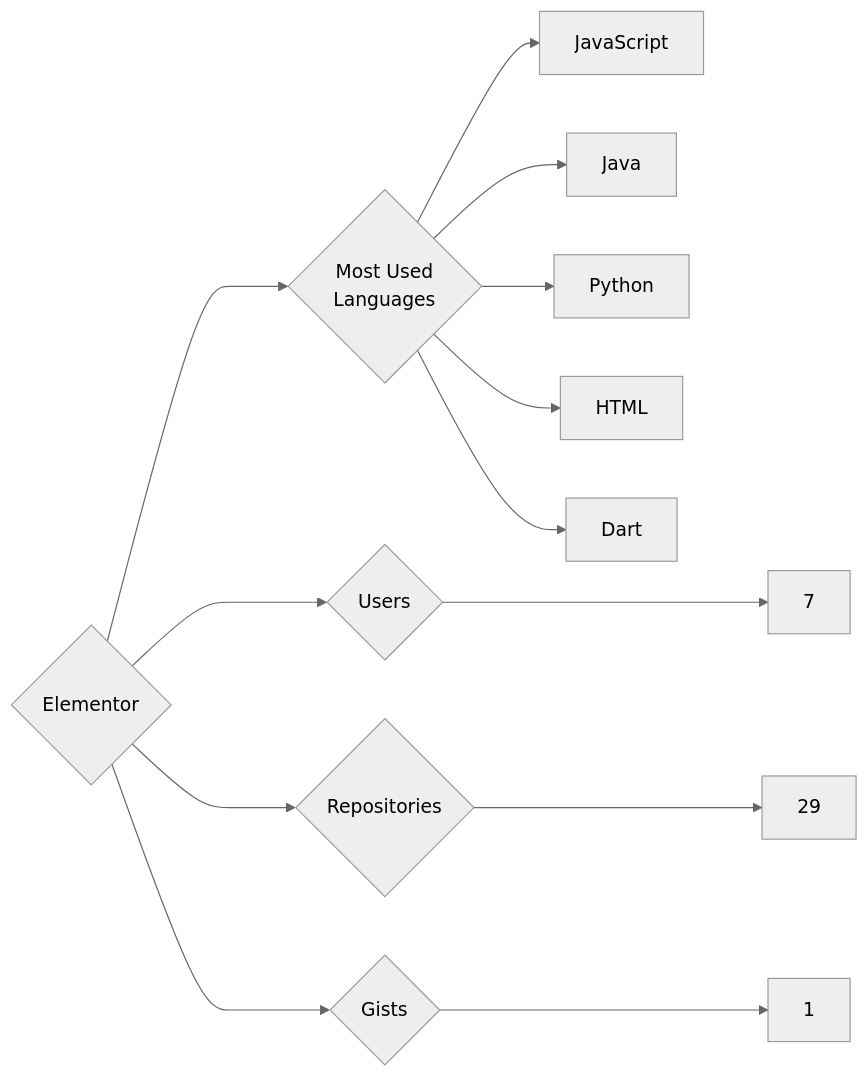
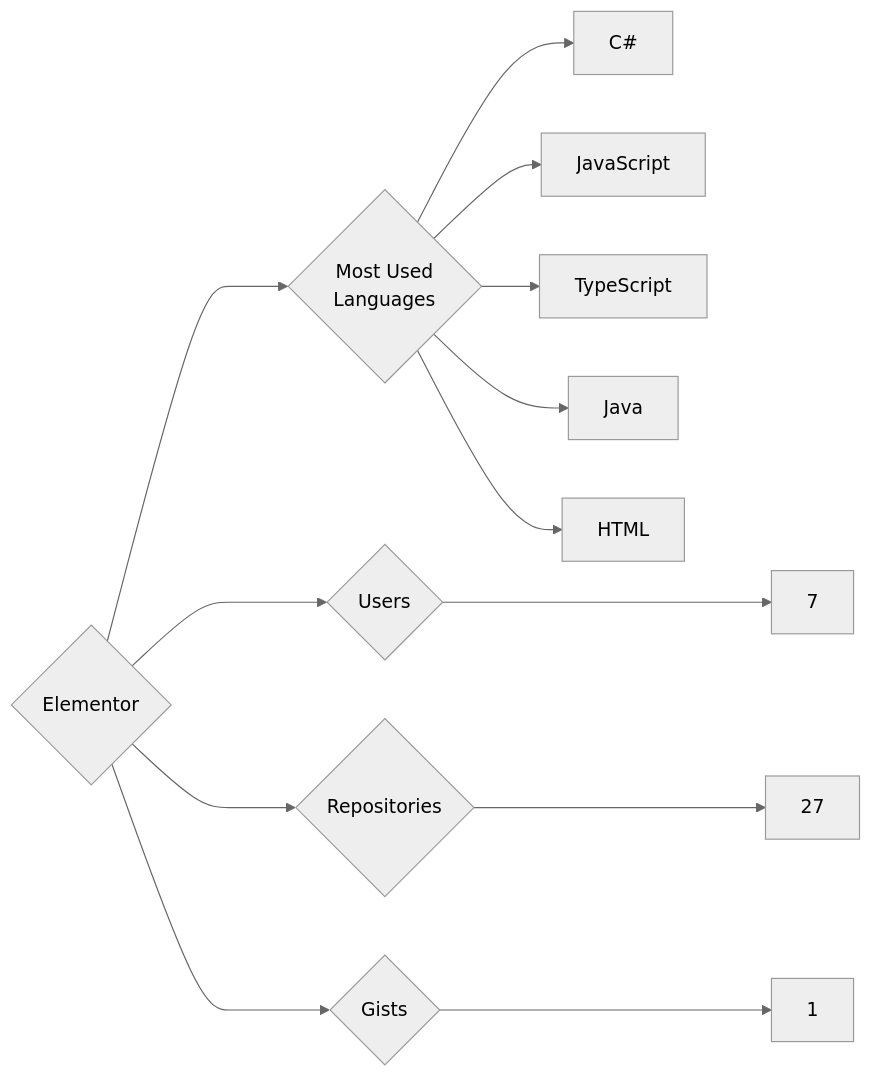
Before and after one commit to trickest/insiders: the diagram in targets/Elementor/README.md, drawn with Mermaid (neutral theme). The commit also changed 1007 other files, not shown here.

````diff
--- a/targets/Elementor/README.md
+++ b/targets/Elementor/README.md
@@ -3,13 +3,13 @@
 ```mermaid
 graph LR
 COMPANY_NAME{Elementor}
 COMPANY_NAME ---> U{Users} ---> UN[7]
-COMPANY_NAME ---> R{Repositories} ---> RN[29]
+COMPANY_NAME ---> R{Repositories} ---> RN[27]
 COMPANY_NAME ---> G{Gists} ---> GN[1]
 COMPANY_NAME ---> ML{Most Used<br>Languages}
+ML --> C#[C#]
 ML --> JavaScript[JavaScript]
+ML --> TypeScript[TypeScript]
 ML --> Java[Java]
-ML --> Python[Python]
 ML --> HTML[HTML]
-ML --> Dart[Dart]
 ```
````
